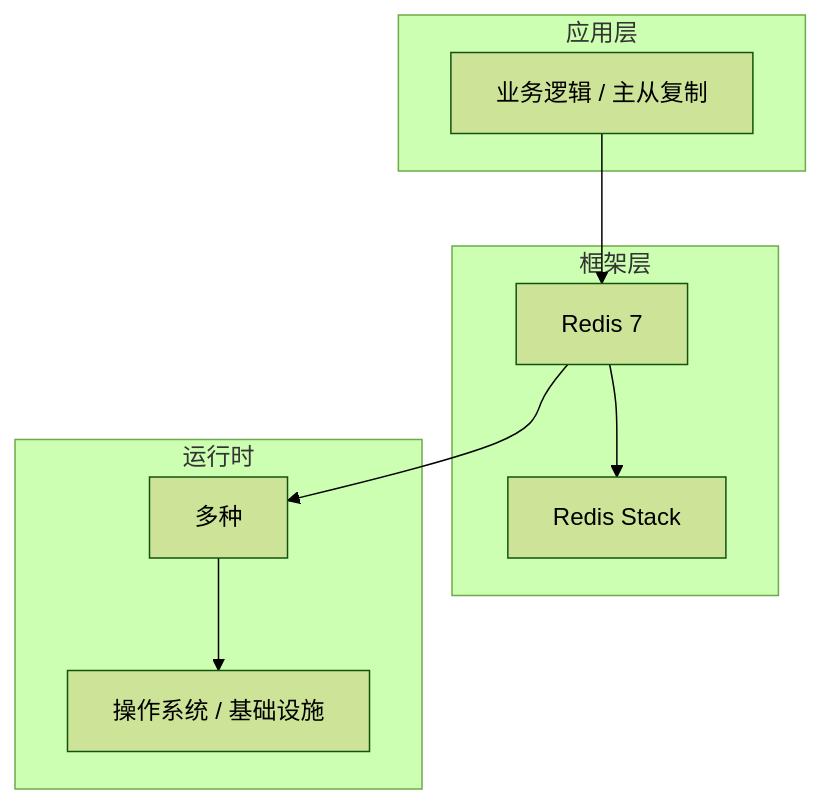
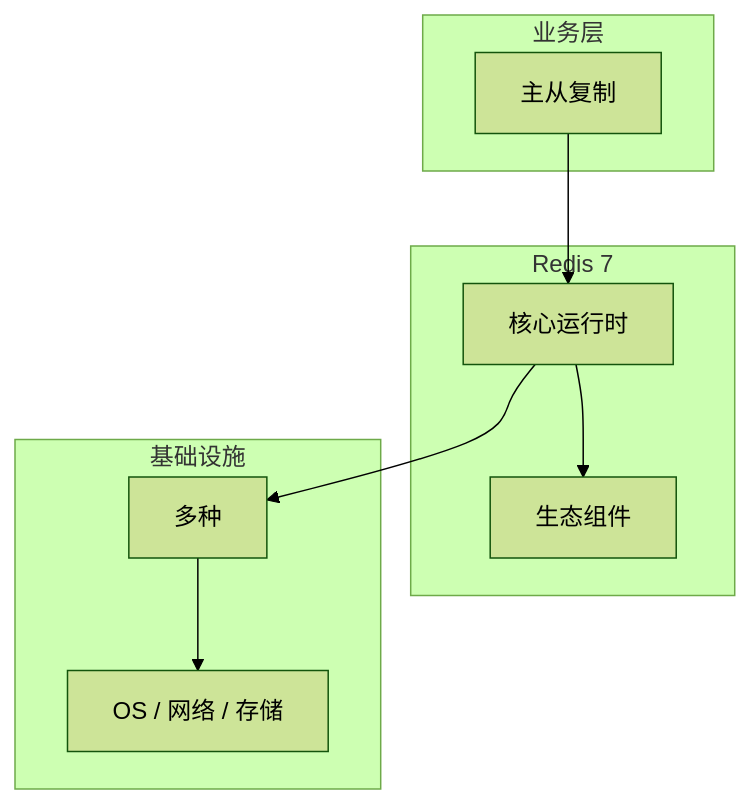
One commit to yanggan2015/knowledge-json-v2 changed the diagram in articles/Redis/chapters/073-主从复制核心概念与原理.md. Above: the diagram before and after it, drawn with Mermaid (forest theme). The commit also changed other lines of this file and 10127 other files, not shown here.

````diff
--- a/articles/Redis/chapters/073-主从复制核心概念与原理.md
+++ b/articles/Redis/chapters/073-主从复制核心概念与原理.md
@@ -45,18 +34,18 @@
 ```mermaid
 graph TB
-    subgraph 应用层
-        A[业务逻辑 / 主从复制]
+    subgraph 业务层
+        A[主从复制]
     end
-    subgraph 框架层
-        B[Redis 7]
-        C[Redis Stack]
+    subgraph Redis 7
+        B[核心运行时]
+        C[生态组件]
     end
-    subgraph 运行时
+    subgraph 基础设施
         D[多种]
-        E[操作系统 / 基础设施]
+        E[OS / 网络 / 存储]
     end
     A --> B
     B --> C
     B --> D
     D --> E
 ```
````
